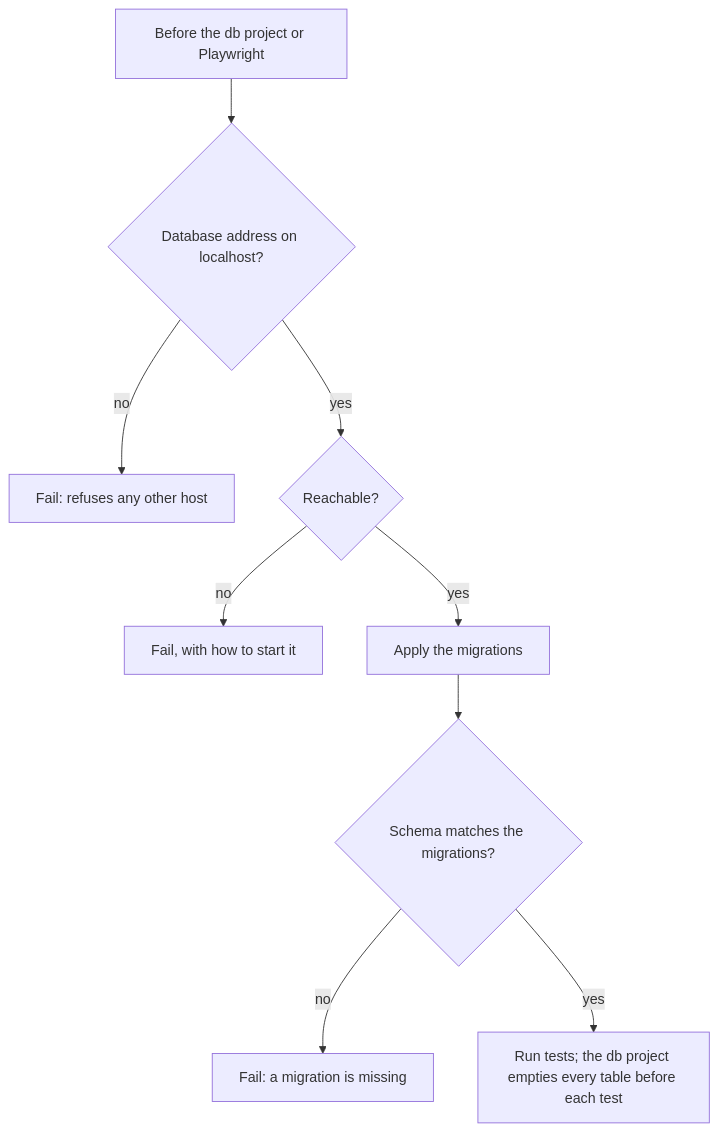
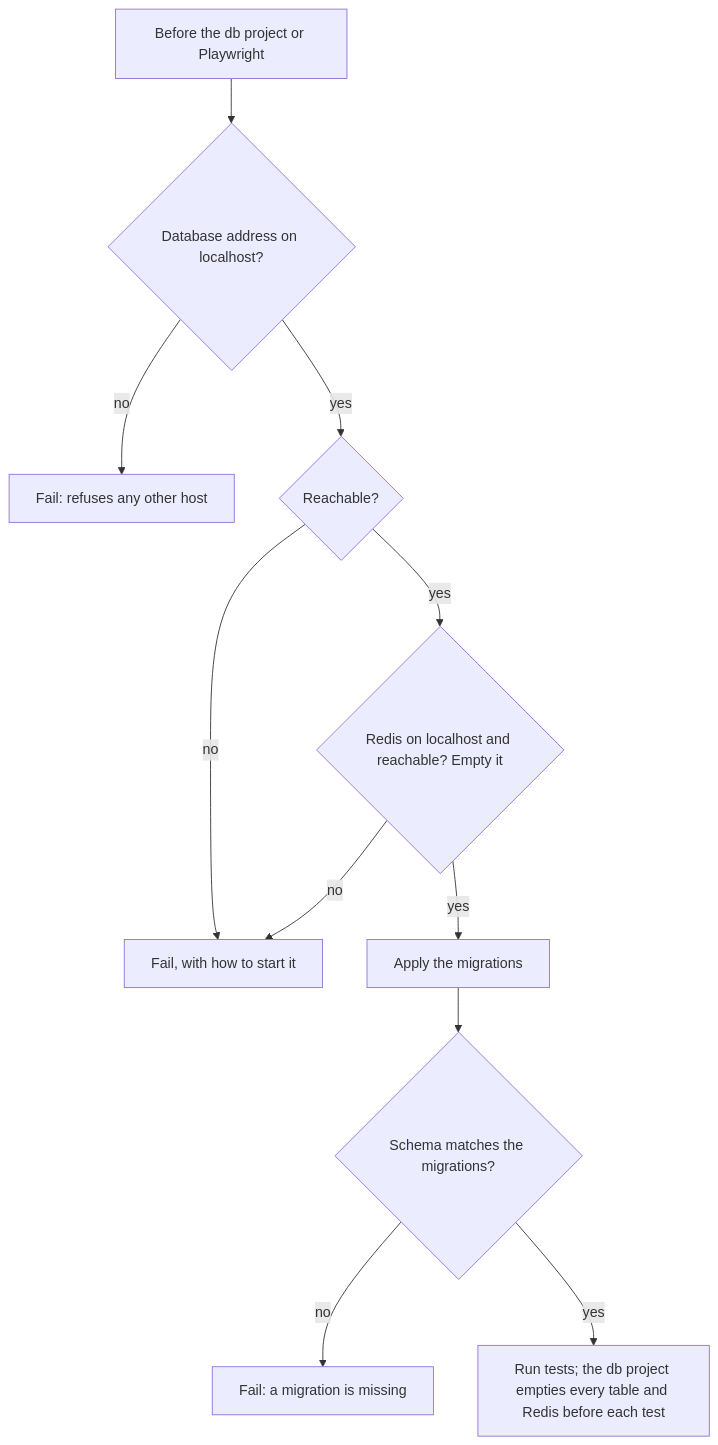
The second of 2 diagrams in docs/testing.md (tnsgud9/nextjs-webapp-foundation), drawn with Mermaid before and after one commit. The commit also changed other lines of this file and 33 other files, not shown here.

````diff
--- a/docs/testing.md
+++ b/docs/testing.md
@@ -34,11 +36,13 @@
 ```mermaid
 flowchart TD
   Start["Before the db project or Playwright"] --> Local{"Database address on localhost?"}
   Local -->|no| Stop1["Fail: refuses any other host"]
   Local -->|yes| Reach{"Reachable?"}
   Reach -->|no| Stop2["Fail, with how to start it"]
-  Reach -->|yes| Migrate["Apply the migrations"]
+  Reach -->|yes| Redis{"Redis on localhost and reachable? Empty it"}
+  Redis -->|no| Stop2
+  Redis -->|yes| Migrate["Apply the migrations"]
   Migrate --> Diff{"Schema matches the migrations?"}
   Diff -->|no| Stop3["Fail: a migration is missing"]
-  Diff -->|yes| Run["Run tests; the db project empties every table before each test"]
+  Diff -->|yes| Run["Run tests; the db project empties every table and Redis before each test"]
 ```
````
